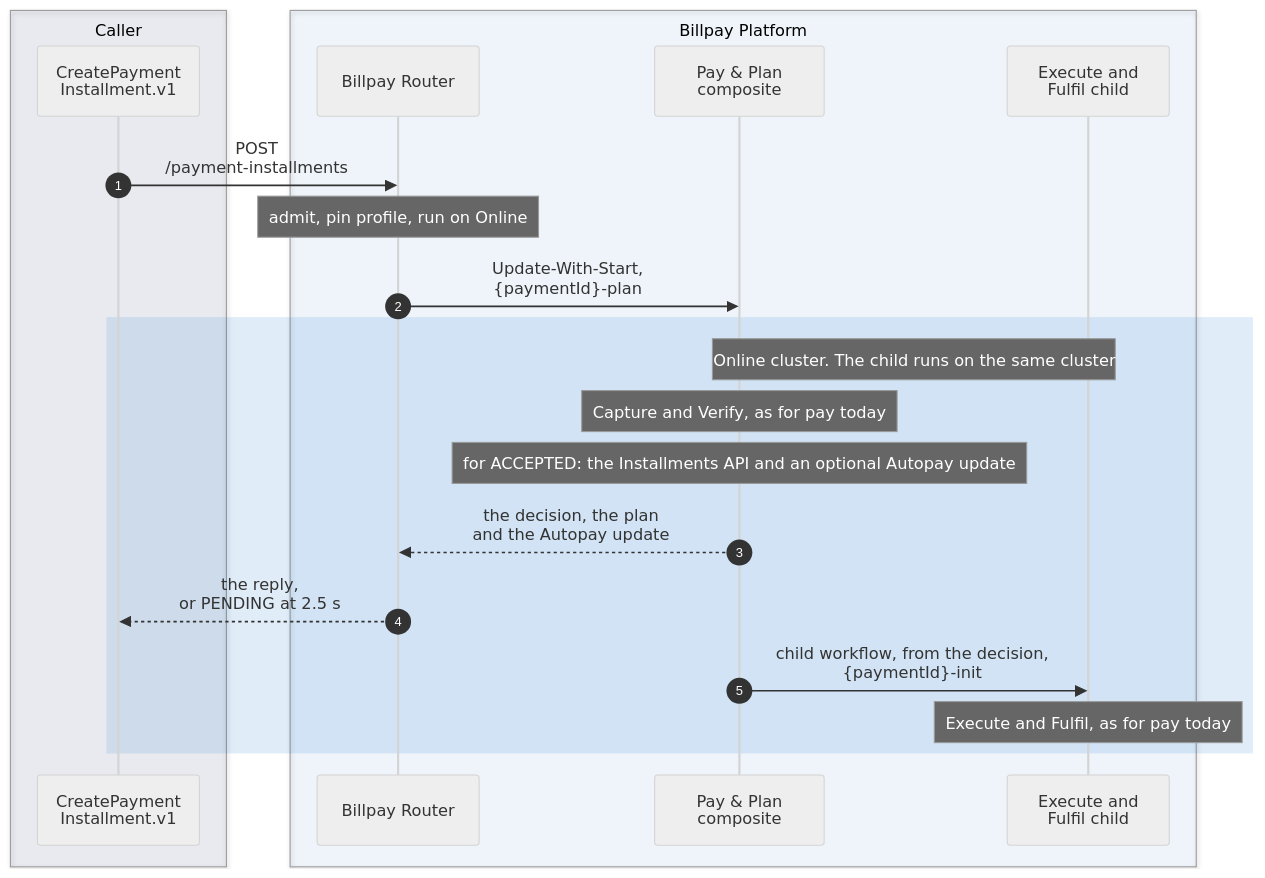
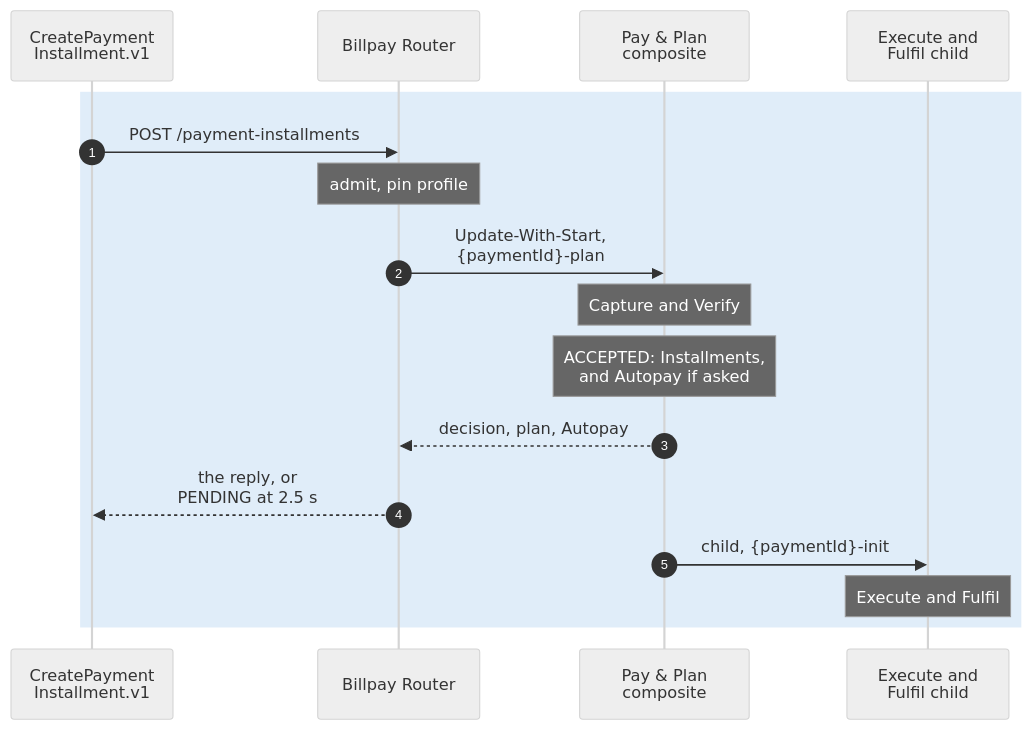
One commit to arunav-bhattacharya/billpay-book changed diagram 12 of 16 in website/docs/design/sequence-diagrams.md. Above: the diagram before and after it, drawn with Mermaid (neutral theme). The commit also changed other lines of this file and 43 other files, not shown here.

First line of the commit message:
One sequence-diagram style; journeys editable as YAML

````diff
--- a/website/docs/design/sequence-diagrams.md
+++ b/website/docs/design/sequence-diagrams.md
@@ -792,33 +662,26 @@
 ```mermaid
 ---
 config:
   fontFamily: "BentonSansUI, Helvetica, Arial, sans-serif"
   fontSize: 15
 ---
 sequenceDiagram
   autonumber
 
-  box rgba(0,23,90,0.07) Caller
-    participant OD as CreatePayment<br/>Installment.v1
-  end
-
-  box rgba(0,111,207,0.05) Billpay Platform
-    participant R as Billpay Router
-    participant PP as Pay #amp; Plan<br/>composite
-    participant CH as Execute and<br/>Fulfil child
-  end
-
-  OD->>R: POST<br/>/payment-installments
-  Note over R: admit, pin profile, run on Online
-  R->>PP: Update-With-Start,<br/>{paymentId}-plan
+  participant OD as CreatePayment<br/>Installment.v1
+  participant R as Billpay Router
+  participant PP as Pay #amp; Plan<br/>composite
+  participant CH as Execute and<br/>Fulfil child
 
   rect rgba(0,111,207,0.12)
-    Note over PP,CH: Online cluster. The child runs on the same cluster
-    Note over PP: Capture and Verify, as for pay today
-    Note over PP: for ACCEPTED: the Installments API and an optional Autopay update
-    PP-->>R: the decision, the plan<br/>and the Autopay update
-    R-->>OD: the reply,<br/>or PENDING at 2.5 s
-    PP->>CH: child workflow, from the decision,<br/>{paymentId}-init
-    Note over CH: Execute and Fulfil, as for pay today
+    OD->>R: POST /payment-installments
+    Note over R: admit, pin profile
+    R->>PP: Update-With-Start,<br/>{paymentId}-plan
+    Note over PP: Capture and Verify
+    Note over PP: ACCEPTED: Installments,<br/>and Autopay if asked
+    PP-->>R: decision, plan, Autopay
+    R-->>OD: the reply, or<br/>PENDING at 2.5 s
+    PP->>CH: child, {paymentId}-init
+    Note over CH: Execute and Fulfil
   end
 ```
````
